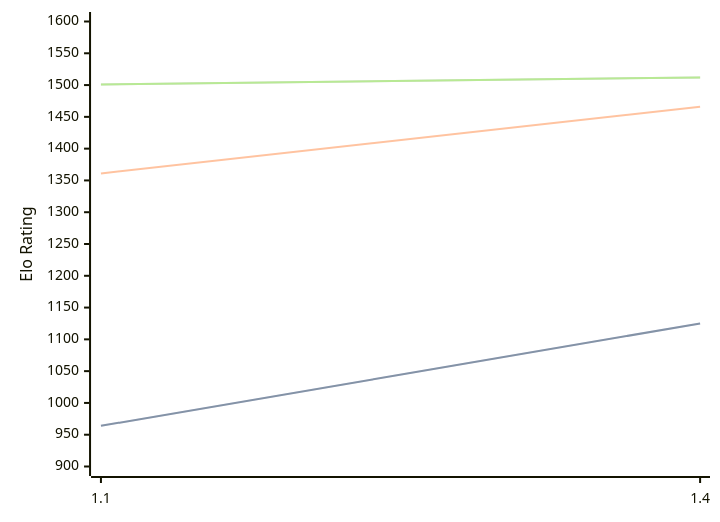
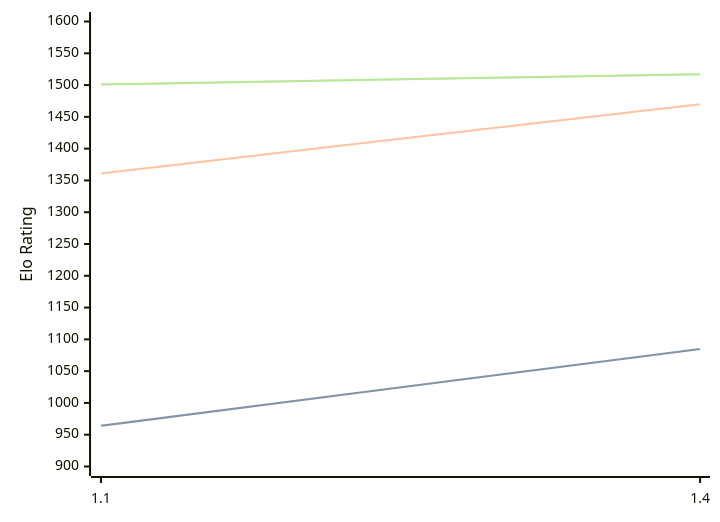
The diagram in engines/USunfish.md (computer-chess-index/cci), drawn with Mermaid before and after one commit. The commit also changed other lines of this file, not shown here.

Commit message:
Update CCI Ratings (ELO VLTC) - 2026-09-17

````diff
--- a/engines/USunfish.md
+++ b/engines/USunfish.md
@@ -37,11 +37,11 @@
 ```mermaid
 %%{init: {"theme":"base","themeVariables":{"seriesColors:['#a3a3a3','#222221','#faa371']}}}%%
 xychart-beta
   x-axis ["1.1", "1.4"]
   y-axis "Elo Rating" 900 --> 1600
-  line "" [964, 1125]
-  line "STC (8.0+0.08s)" [964, 1125]
-  line "LTC (60.0+0.60s)" [1361, 1466]
-  line "" [1501, 1512]
-  line "VLTC (2m24s+1.12s)" [1501, 1512]
+  line "" [964, 1085]
+  line "STC (8.0+0.08s)" [964, 1085]
+  line "LTC (60.0+0.60s)" [1361, 1470]
+  line "" [1501, 1517]
+  line "VLTC (2m24s+1.12s)" [1501, 1517]
 ```
````
